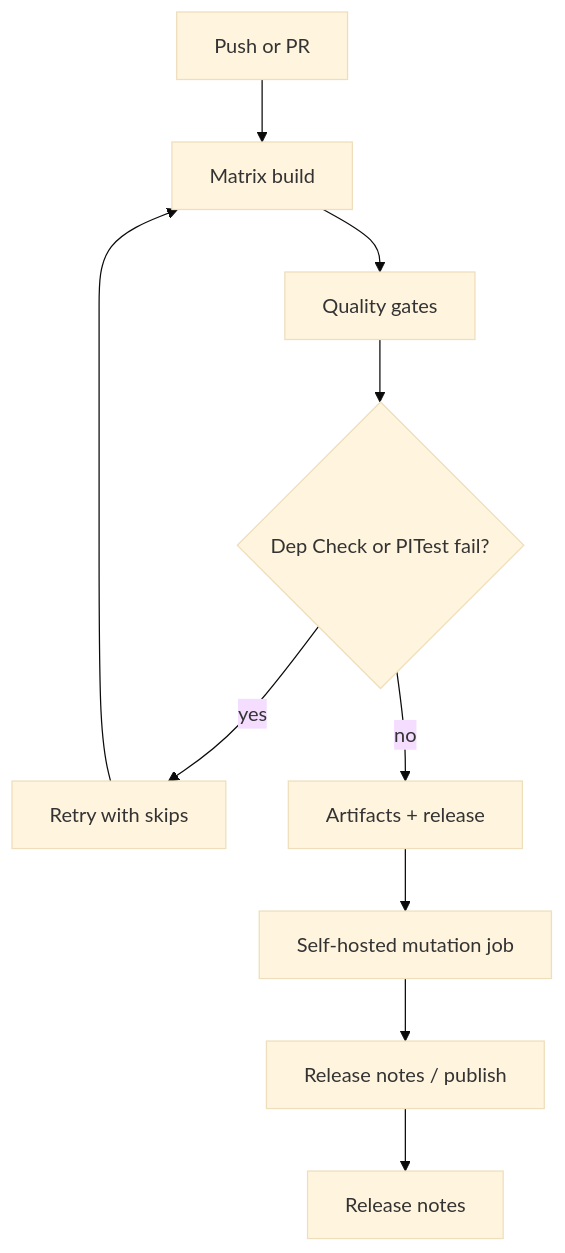
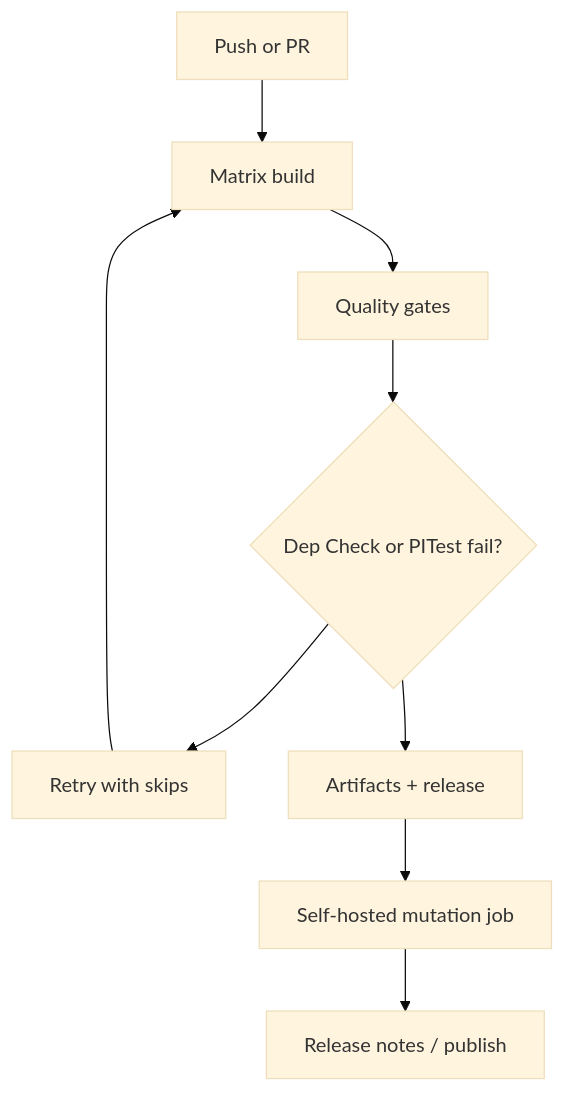
One commit to jguida941/contact-service-junit changed the fourth of 4 diagrams in README.md. Above: the diagram before and after it, drawn with Mermaid (base theme). The commit also changed other lines of this file, not shown here.

Commit message:
Update Mermaid diagram syntax in README

````diff
--- a/README.md
+++ b/README.md
@@ -200,16 +200,15 @@
 ```mermaid
 graph TD
     A[Push or PR]
     B[Matrix build]
     C[Quality gates]
     D{Dep Check or PITest fail?}
     E[Retry with skips]
     F[Artifacts + release]
     G[Self-hosted mutation job]
     H[Release notes / publish]
-    I[Release notes]
 
     A --> B --> C --> D
-    D -->|yes| E --> B
-    D -->|no| F --> G --> H --> I
+    D --> E --> B
+    D --> F --> G --> H
 ```
````
